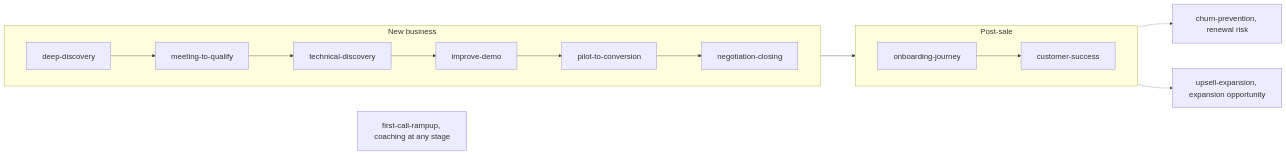
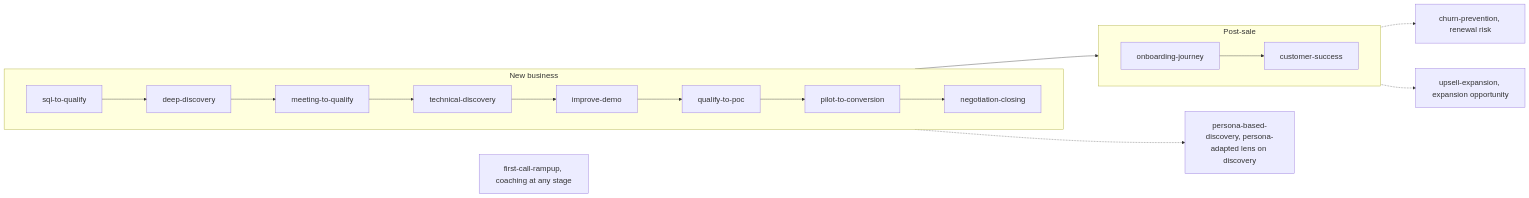
Before and after one commit to zime-ai/zime-gtm-skills: the diagram in README.md, drawn with Mermaid. The commit also changed other lines of this file and 44 other files, not shown here.

First line of the commit message:
Release: 29-skill batch — pipeline checks, qualification gaps, dev/main release flow (#17)

````diff
--- a/README.md
+++ b/README.md
@@ -144,22 +144,26 @@
 ```mermaid
 %%{init: {"flowchart": {"nodeSpacing": 65, "rankSpacing": 90, "padding": 20}, "themeVariables": {"fontSize": "20px"}}}%%
 flowchart LR
     subgraph nb["New business"]
         direction LR
-        dd[deep-discovery] --> mq[meeting-to-qualify]
+        sq[sql-to-qualify] --> dd[deep-discovery]
+        dd --> mq[meeting-to-qualify]
         mq --> td[technical-discovery]
         td --> id[improve-demo]
-        id --> pc[pilot-to-conversion]
+        id --> qtp[qualify-to-poc]
+        qtp --> pc[pilot-to-conversion]
         pc --> nc[negotiation-closing]
     end
     subgraph ps["Post-sale"]
         direction LR
         oj[onboarding-journey] --> cs[customer-success]
     end
     nb --> ps
     fcr["first-call-rampup, coaching at any stage"]
     cp["churn-prevention, renewal risk"]
     ue["upsell-expansion, expansion opportunity"]
+    pbd["persona-based-discovery, persona-adapted lens on discovery"]
     ps -.-> cp
     ps -.-> ue
+    dd -.-> pbd
 ```
````
